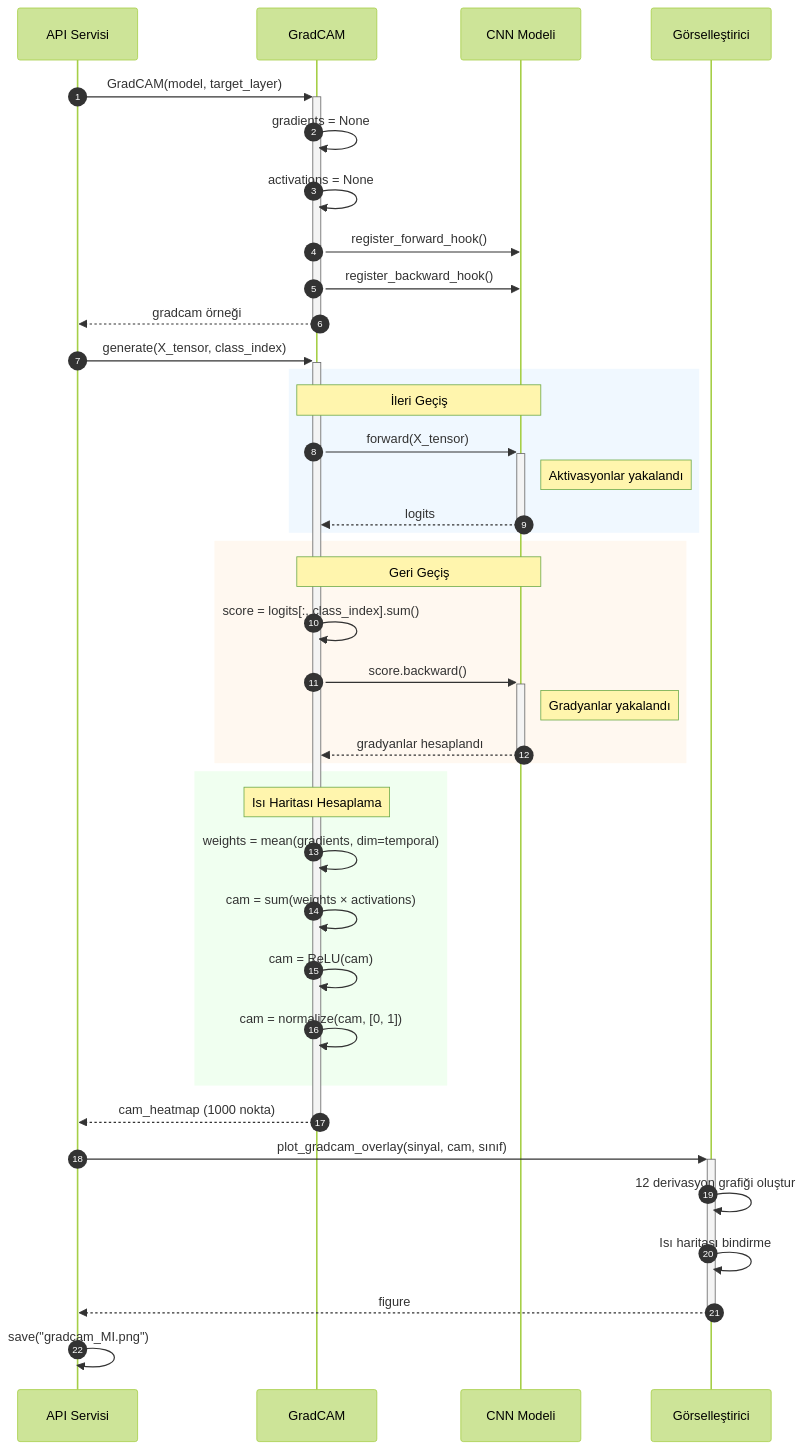
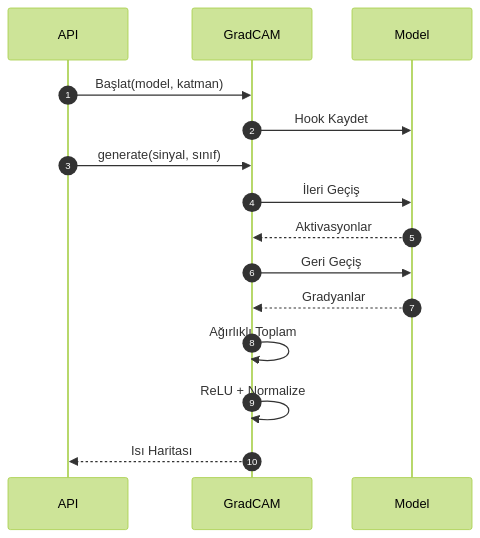
The fifth of 9 diagrams in docs/diagrams/06_sequence_diagram.md (mUsaulug/CardioGuard-AI), drawn with Mermaid (forest theme) before and after one commit. The commit also changed other lines of this file and 5 other files, not shown here.

````diff
--- a/docs/diagrams/06_sequence_diagram.md
+++ b/docs/diagrams/06_sequence_diagram.md
@@ -255,49 +198,21 @@
 ```mermaid
 sequenceDiagram
     autonumber
-    participant API as API Servisi
+    participant API
     participant GC as GradCAM
-    participant Model as CNN Modeli
-    participant Viz as Görselleştirici
+    participant Model
     
-    API->>+GC: GradCAM(model, target_layer)
-    GC->>GC: gradients = None
-    GC->>GC: activations = None
-    GC->>Model: register_forward_hook()
-    GC->>Model: register_backward_hook()
-    GC-->>-API: gradcam örneği
+    API->>GC: Başlat(model, katman)
+    GC->>Model: Hook Kaydet
     
-    API->>+GC: generate(X_tensor, class_index)
+    API->>GC: generate(sinyal, sınıf)
+    GC->>Model: İleri Geçiş
+    Model-->>GC: Aktivasyonlar
     
-    rect rgb(240, 248, 255)
-        Note over GC, Model: İleri Geçiş
-        GC->>+Model: forward(X_tensor)
-        Note right of Model: Aktivasyonlar yakalandı
-        Model-->>-GC: logits
-    end
+    GC->>Model: Geri Geçiş
+    Model-->>GC: Gradyanlar
     
-    rect rgb(255, 248, 240)
-        Note over GC, Model: Geri Geçiş
-        GC->>GC: score = logits[:, class_index].sum()
-        GC->>+Model: score.backward()
-        Note right of Model: Gradyanlar yakalandı
-        Model-->>-GC: gradyanlar hesaplandı
-    end
-    
-    rect rgb(240, 255, 240)
-        Note over GC: Isı Haritası Hesaplama
-        GC->>GC: weights = mean(gradients, dim=temporal)
-        GC->>GC: cam = sum(weights × activations)
-        GC->>GC: cam = ReLU(cam)
-        GC->>GC: cam = normalize(cam, [0, 1])
-    end
-    
-    GC-->>-API: cam_heatmap (1000 nokta)
-    
-    API->>+Viz: plot_gradcam_overlay(sinyal, cam, sınıf)
-    Viz->>Viz: 12 derivasyon grafiği oluştur
-    Viz->>Viz: Isı haritası bindirme
-    Viz-->>-API: figure
-    
-    API->>API: save("gradcam_MI.png")
+    GC->>GC: Ağırlıklı Toplam
+    GC->>GC: ReLU + Normalize
+    GC-->>API: Isı Haritası
 ```
````
